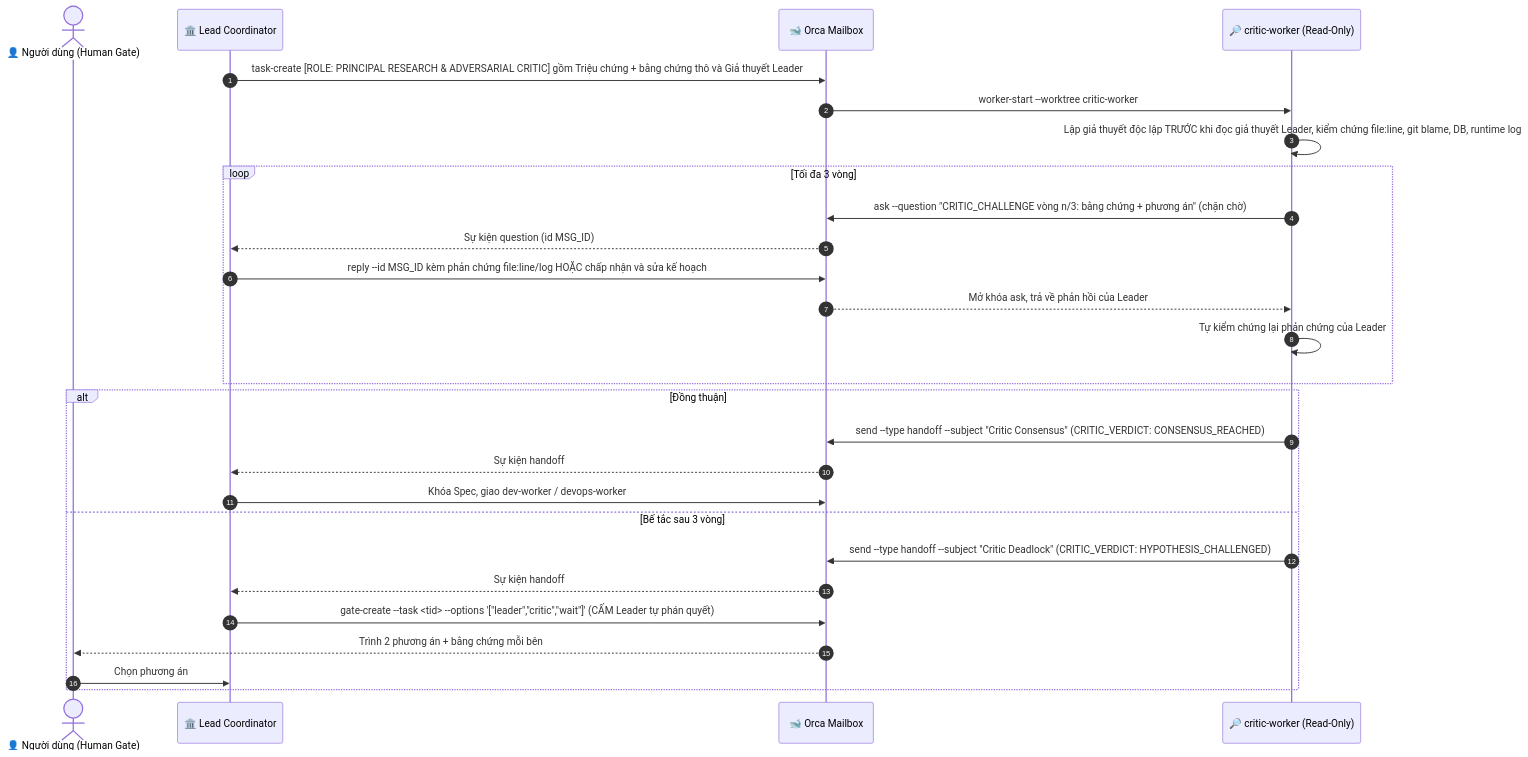
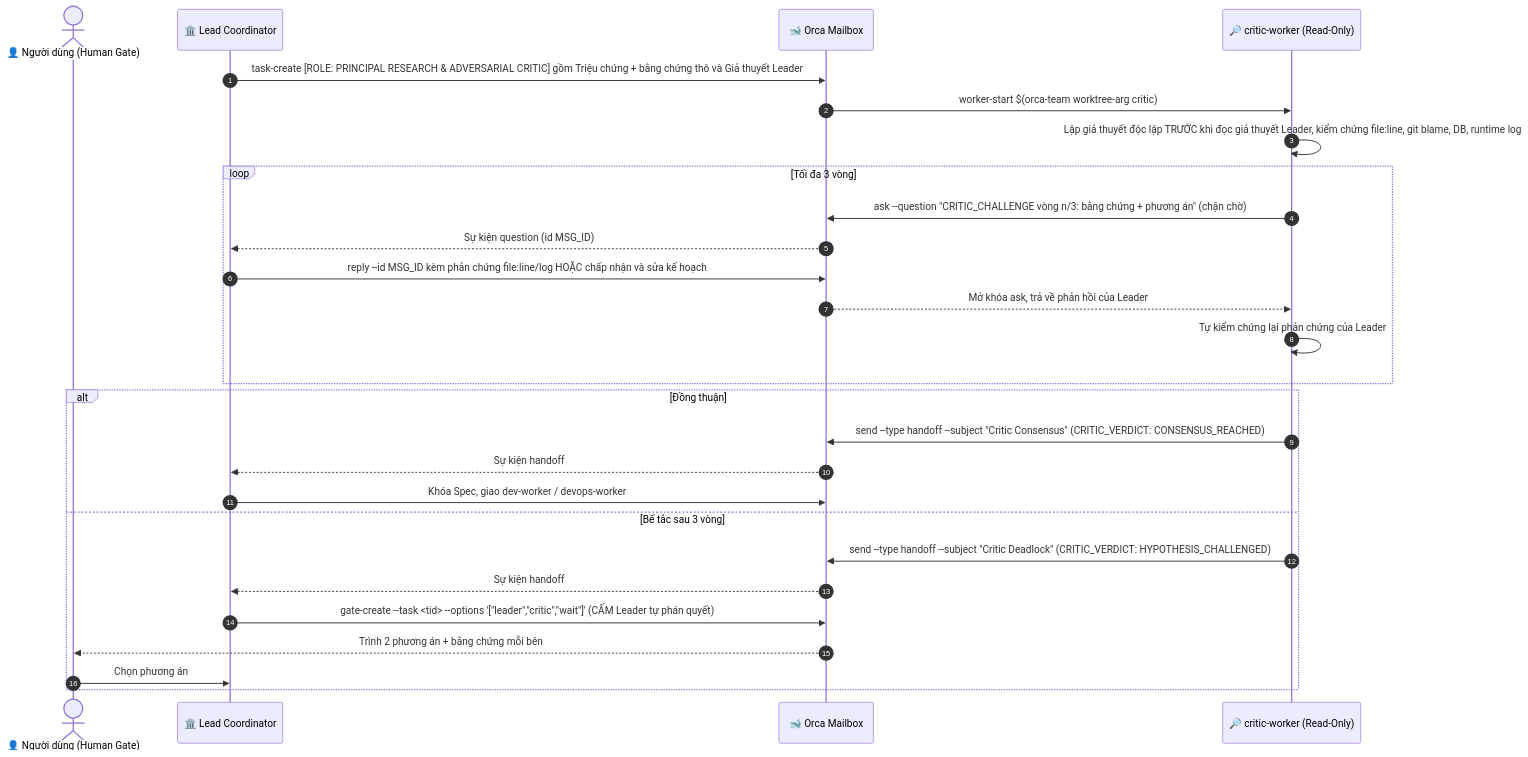
The seventh of 8 diagrams in docs/workflows.md (thapld/orca-multi-agent-orchestrator), drawn with Mermaid before and after one commit. The commit also changed other lines of this file and 8 other files, not shown here.

Commit message:
fix(guard,team,dispatch): harden multi-leader elastic worktree collision guard, cross-run worker-list check, and tab cleanup

````diff
--- a/docs/workflows.md
+++ b/docs/workflows.md
@@ -199,30 +199,30 @@
 ```mermaid
 sequenceDiagram
     autonumber
     actor User as 👤 Người dùng (Human Gate)
     participant Lead as 🏛️ Lead Coordinator
     participant Orca as 🐋 Orca Mailbox
     participant Critic as 🔎 critic-worker (Read-Only)
 
     Lead->>Orca: task-create [ROLE: PRINCIPAL RESEARCH & ADVERSARIAL CRITIC] gồm Triệu chứng + bằng chứng thô và Giả thuyết Leader
-    Orca->>Critic: worker-start --worktree critic-worker
+    Orca->>Critic: worker-start $(orca-team worktree-arg critic)
     Critic->>Critic: Lập giả thuyết độc lập TRƯỚC khi đọc giả thuyết Leader, kiểm chứng file:line, git blame, DB, runtime log
     loop Tối đa 3 vòng
         Critic->>Orca: ask --question "CRITIC_CHALLENGE vòng n/3: bằng chứng + phương án" (chặn chờ)
         Orca-->>Lead: Sự kiện question (id MSG_ID)
         Lead->>Orca: reply --id MSG_ID kèm phản chứng file:line/log HOẶC chấp nhận và sửa kế hoạch
         Orca-->>Critic: Mở khóa ask, trả về phản hồi của Leader
         Critic->>Critic: Tự kiểm chứng lại phản chứng của Leader
     end
     alt Đồng thuận
         Critic->>Orca: send --type handoff --subject "Critic Consensus" (CRITIC_VERDICT: CONSENSUS_REACHED)
         Orca-->>Lead: Sự kiện handoff
         Lead->>Orca: Khóa Spec, giao dev-worker / devops-worker
     else Bế tắc sau 3 vòng
         Critic->>Orca: send --type handoff --subject "Critic Deadlock" (CRITIC_VERDICT: HYPOTHESIS_CHALLENGED)
         Orca-->>Lead: Sự kiện handoff
         Lead->>Orca: gate-create --task <tid> --options '["leader","critic","wait"]' (CẤM Leader tự phán quyết)
         Orca-->>User: Trình 2 phương án + bằng chứng mỗi bên
         User->>Lead: Chọn phương án
     end
 ```
````
